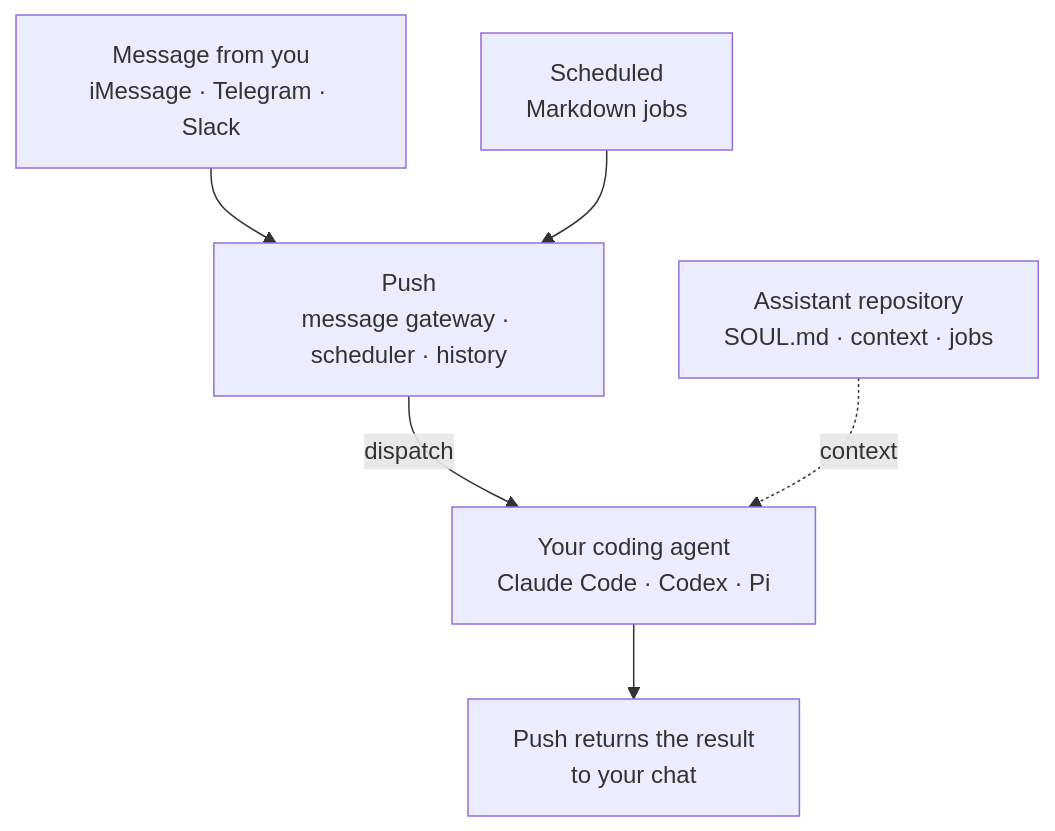
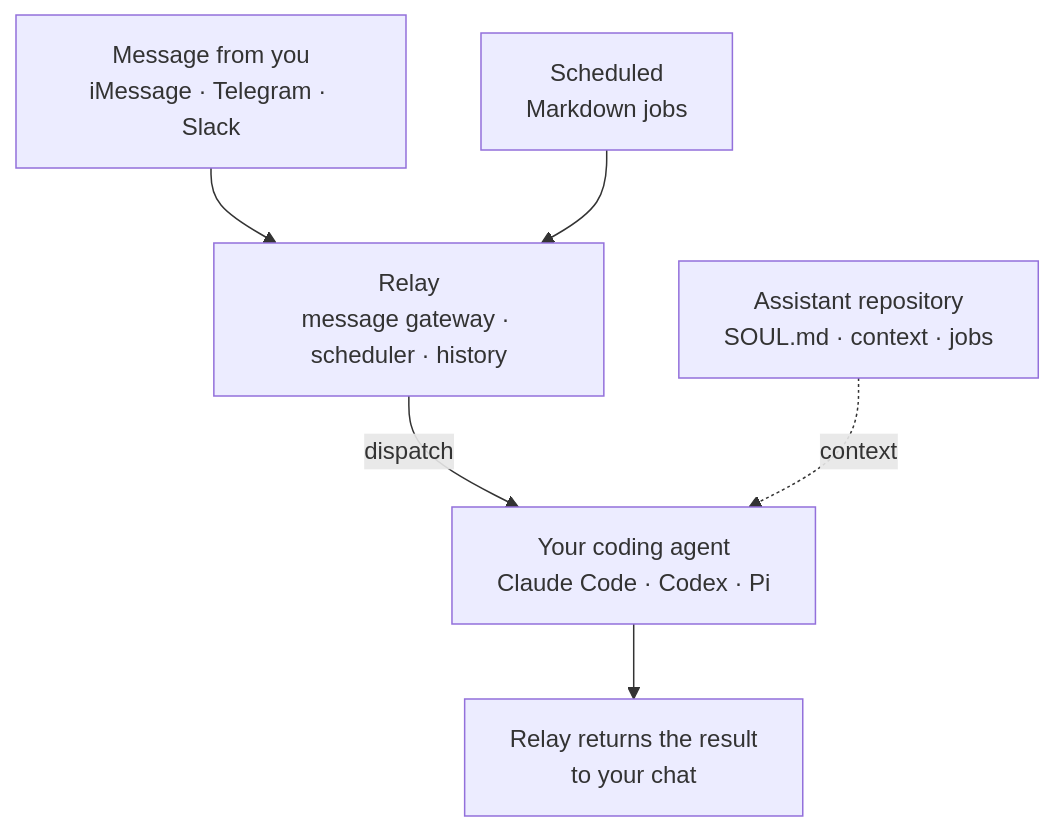
One commit to edheltzel/Relay changed the diagram in README.md. Above: the diagram before and after it, drawn with Mermaid. The commit also changed other lines of this file and 59 other files, not shown here.

First line of the commit message:
refactor: rename Push to Relay

````diff
--- a/README.md
+++ b/README.md
@@ -51,15 +47,15 @@
 ```mermaid
 flowchart TD
     Message["Message from you<br/>iMessage · Telegram · Slack"]
     Jobs["Scheduled<br/>Markdown jobs"]
     Repo["Assistant repository<br/>SOUL.md · context · jobs"]
-    Push["Push<br/>message gateway · scheduler · history"]
+    Relay["Relay<br/>message gateway · scheduler · history"]
     Agent["Your coding agent<br/>Claude Code · Codex · Pi"]
-    Reply["Push returns the result<br/>to your chat"]
+    Reply["Relay returns the result<br/>to your chat"]
 
-    Message --> Push
-    Jobs --> Push
-    Push -->|dispatch| Agent
+    Message --> Relay
+    Jobs --> Relay
+    Relay -->|dispatch| Agent
     Repo -. context .-> Agent
     Agent --> Reply
 ```
````
